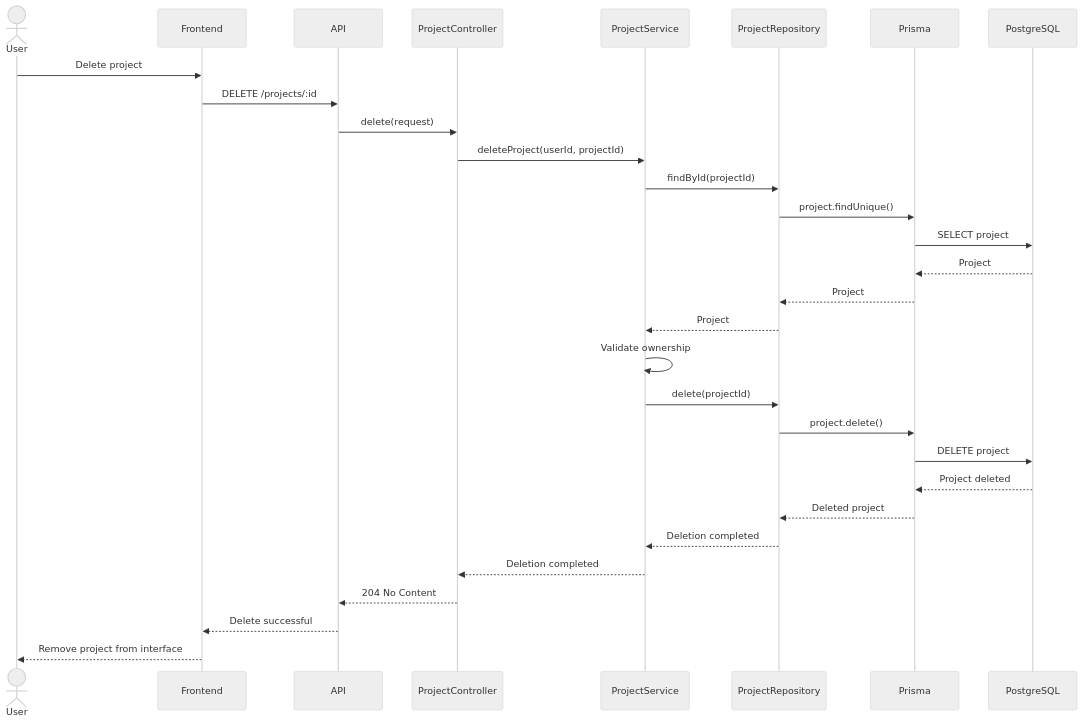
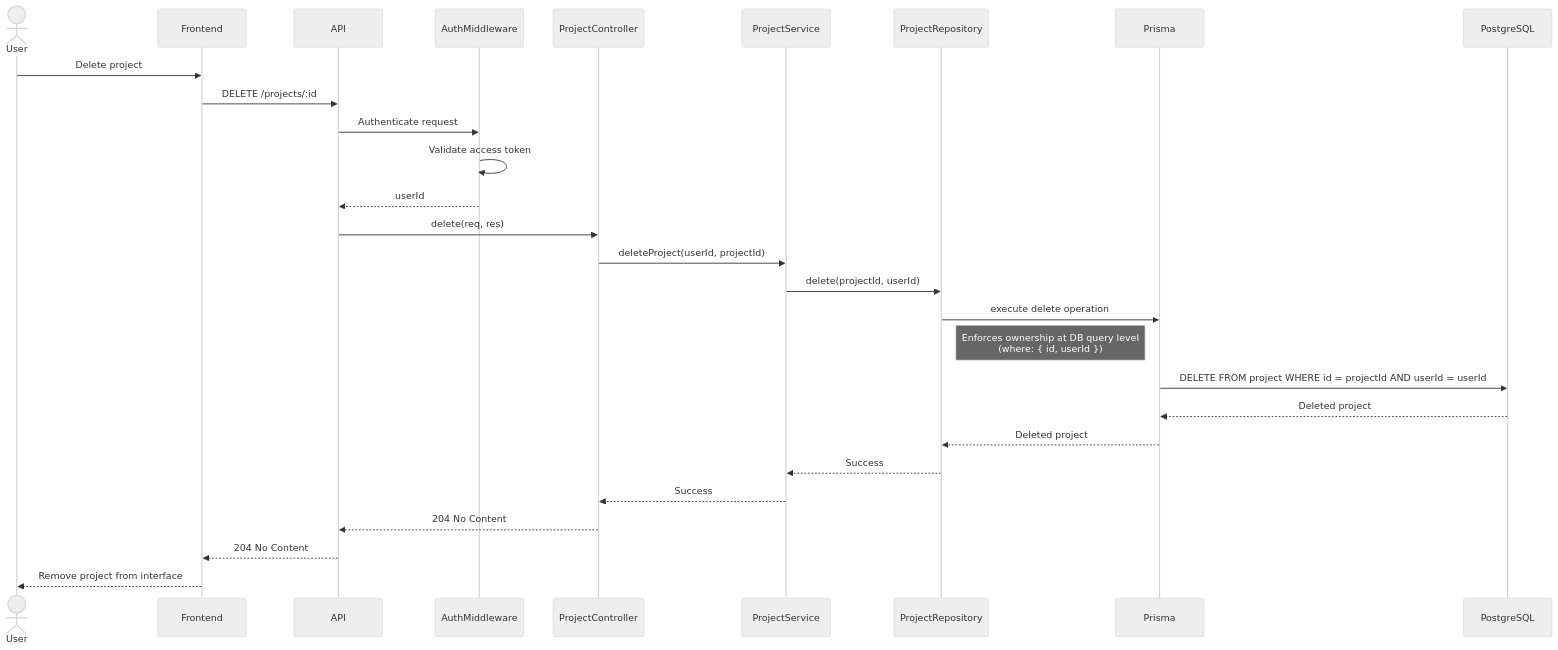
Before and after one commit to davihenriquedev1/prodixus: the diagram in docs/diagrams/sequence-diagrams/project/delete.md, drawn with Mermaid (neutral theme). The commit also changed other lines of this file and 4 other files, not shown here.

Commit message:
feat(projects): implement project deletion

````diff
--- a/docs/diagrams/sequence-diagrams/project/delete.md
+++ b/docs/diagrams/sequence-diagrams/project/delete.md
@@ -3,61 +3,38 @@
 ```mermaid
 sequenceDiagram
-
     actor User
 
     participant Frontend
-
     participant API
-
+    participant AuthMiddleware
     participant ProjectController
-
     participant ProjectService
-
     participant ProjectRepository
-
     participant Prisma
-
     participant PostgreSQL
 
     User->>Frontend: Delete project
-
     Frontend->>API: DELETE /projects/:id
 
-    API->>ProjectController: delete(request)
+    API->>AuthMiddleware: Authenticate request
+    AuthMiddleware->>AuthMiddleware: Validate access token
+    AuthMiddleware-->>API: userId
 
+    API->>ProjectController: delete(req, res)
     ProjectController->>ProjectService: deleteProject(userId, projectId)
+    ProjectService->>ProjectRepository: delete(projectId, userId)
 
-    ProjectService->>ProjectRepository: findById(projectId)
+    ProjectRepository->>Prisma: execute delete operation
+    Note right of ProjectRepository: Enforces ownership at DB query level<br>(where: { id, userId })
 
-    ProjectRepository->>Prisma: project.findUnique()
-
-    Prisma->>PostgreSQL: SELECT project
-
-    PostgreSQL-->>Prisma: Project
-
-    Prisma-->>ProjectRepository: Project
-
-    ProjectRepository-->>ProjectService: Project
-
-    ProjectService->>ProjectService: Validate ownership
-
-    ProjectService->>ProjectRepository: delete(projectId)
-
-    ProjectRepository->>Prisma: project.delete()
-
-    Prisma->>PostgreSQL: DELETE project
-
-    PostgreSQL-->>Prisma: Project deleted
-
+    Prisma->>PostgreSQL: DELETE FROM project WHERE id = projectId AND userId = userId
+    PostgreSQL-->>Prisma: Deleted project
     Prisma-->>ProjectRepository: Deleted project
 
-    ProjectRepository-->>ProjectService: Deletion completed
-
-    ProjectService-->>ProjectController: Deletion completed
+    ProjectRepository-->>ProjectService: Success
+    ProjectService-->>ProjectController: Success
 
     ProjectController-->>API: 204 No Content
-
-    API-->>Frontend: Delete successful
-
+    API-->>Frontend: 204 No Content
     Frontend-->>User: Remove project from interface
 ```
````
